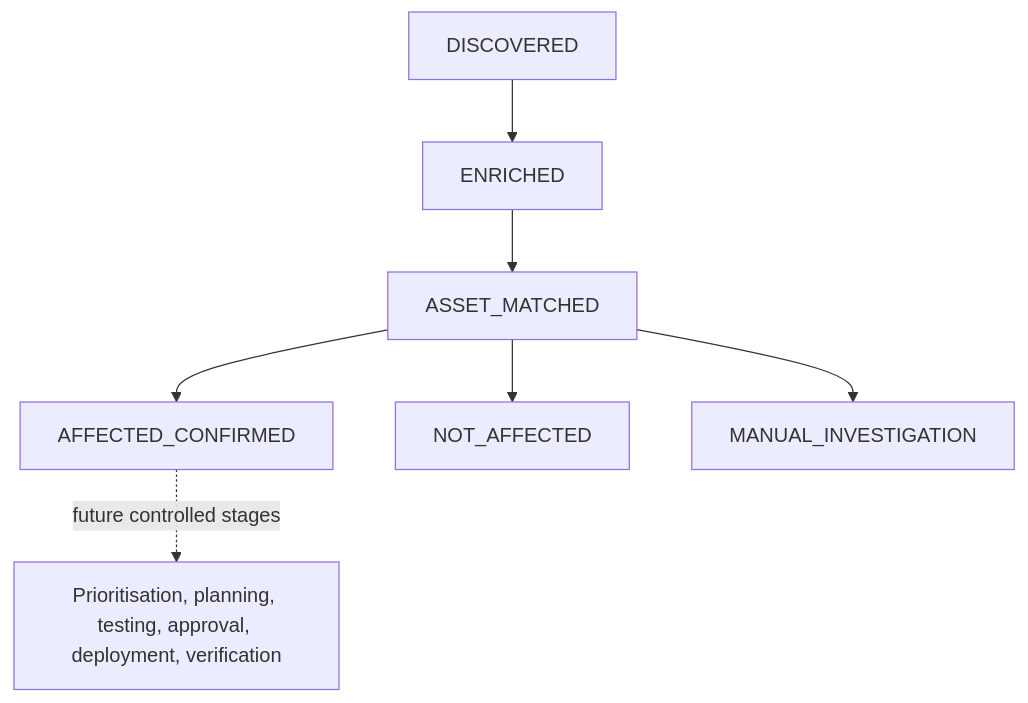
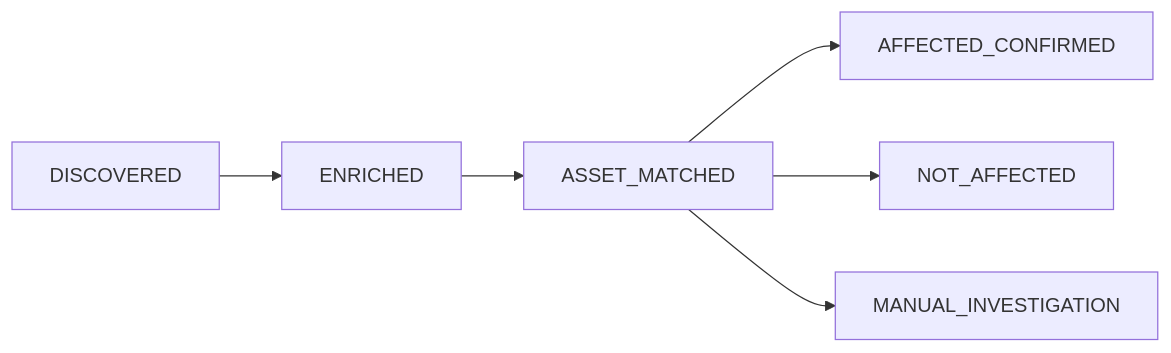
Before and after one commit to samhmariam/vulnops-control-plane: the fourth of 4 diagrams in docs/day01-architecture-walkthrough.md, drawn with Mermaid. The commit also changed other lines of this file and 2 other files, not shown here.

Commit message:
docs: consolidate architecture and maintenance guide

````diff
--- a/docs/day01-architecture-walkthrough.md
+++ b/docs/day01-architecture-walkthrough.md
@@ -380,9 +354,8 @@
 ```mermaid
-flowchart TD
+flowchart LR
     D["DISCOVERED"] --> E["ENRICHED"]
     E --> M["ASSET_MATCHED"]
     M --> A["AFFECTED_CONFIRMED"]
     M --> N["NOT_AFFECTED"]
     M --> I["MANUAL_INVESTIGATION"]
-    A -. "future controlled stages" .-> F["Prioritisation, planning, testing, approval, deployment, verification"]
 ```
````
